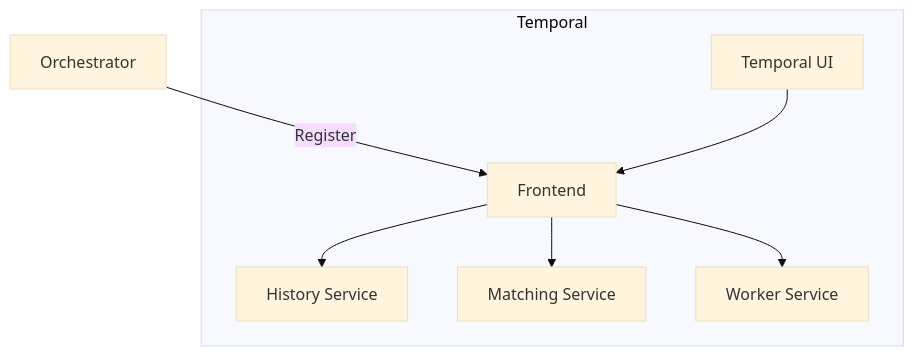
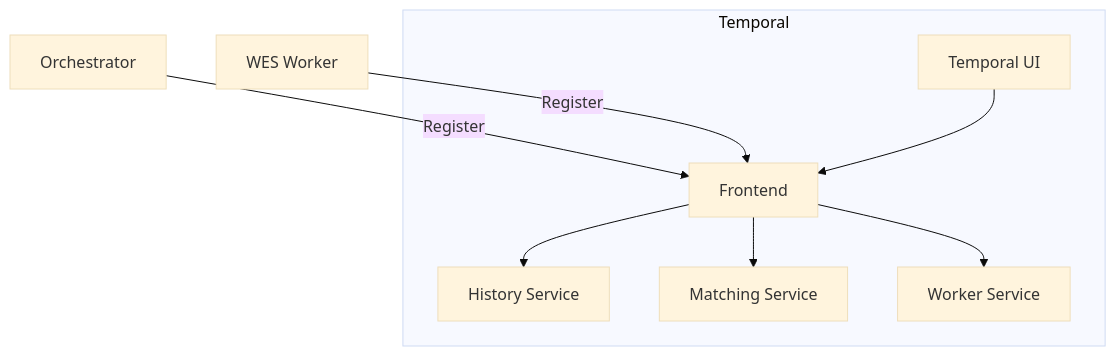
The fifth of 5 diagrams in ecosystem-documentation/docs/services/orchestrator.md (temporal-wms/wms-platform), drawn with Mermaid (base theme) before and after one commit. The commit also changed other lines of this file and 23 other files, not shown here.

````diff
--- a/ecosystem-documentation/docs/services/orchestrator.md
+++ b/ecosystem-documentation/docs/services/orchestrator.md
@@ -160,16 +197,17 @@
 ```mermaid
 graph TB
     subgraph "Temporal"
         Frontend[Frontend]
         History[History Service]
         Matching[Matching Service]
         Worker[Worker Service]
         UI[Temporal UI]
     end
 
     Orchestrator -->|Register| Frontend
+    WESWorker[WES Worker] -->|Register| Frontend
     Frontend --> History
     Frontend --> Matching
     Frontend --> Worker
     UI --> Frontend
 ```
````
